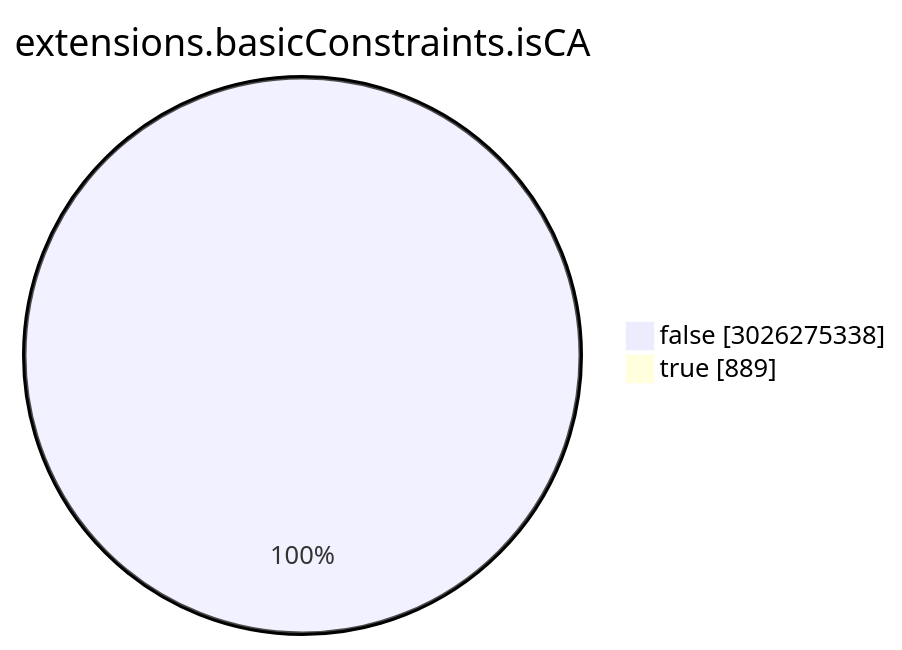
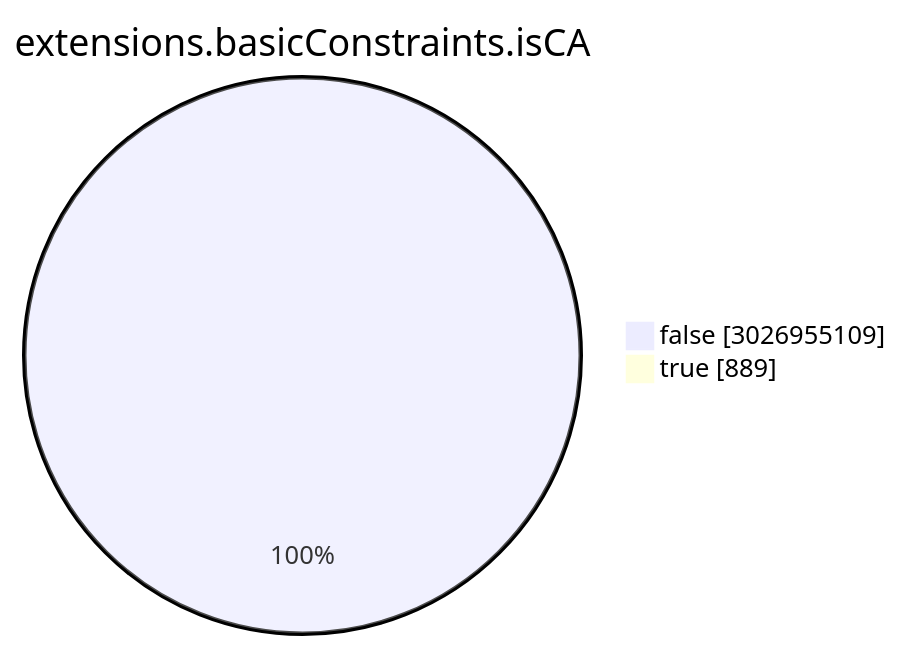
The seventh of 15 diagrams in TOTAL/README.md (christiankrug/ctmonitor_visualization), drawn with Mermaid before and after one commit. The commit also changed other lines of this file, not shown here.

````diff
--- a/TOTAL/README.md
+++ b/TOTAL/README.md
@@ -3086,6 +3086,6 @@
 ```mermaid
 pie showData
 title extensions.basicConstraints.isCA
-"false" :3026275338
+"false" :3026955109
 "true" :889
 ```
````
